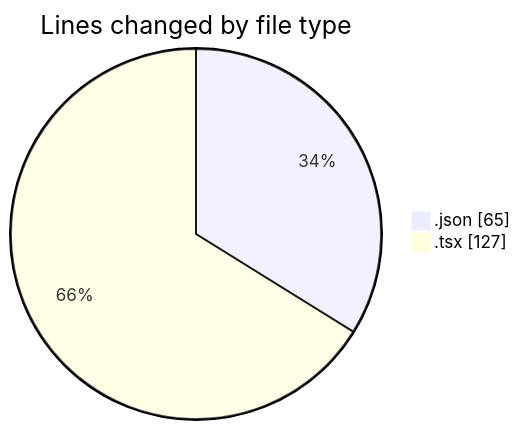
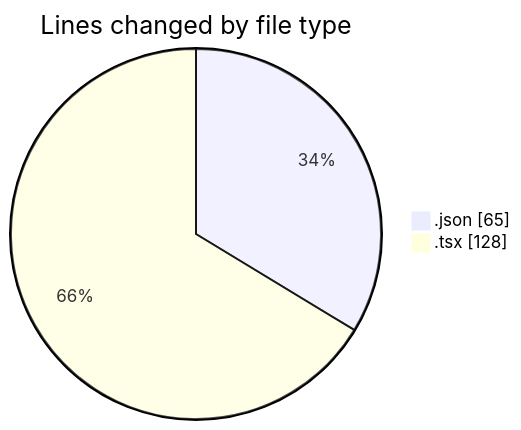
One commit to momahboobian/code-tracking changed the first of 2 diagrams in 2026-03-24/cda/README.md. Above: the diagram before and after it, drawn with Mermaid. The commit also changed other lines of this file and 1 other file, not shown here.

````diff
--- a/2026-03-24/cda/README.md
+++ b/2026-03-24/cda/README.md
@@ -21,6 +21,6 @@
 ```mermaid
 pie showData
 title Lines changed by file type
 ".json" : 65
-".tsx" : 127
+".tsx" : 128
 ```
````
